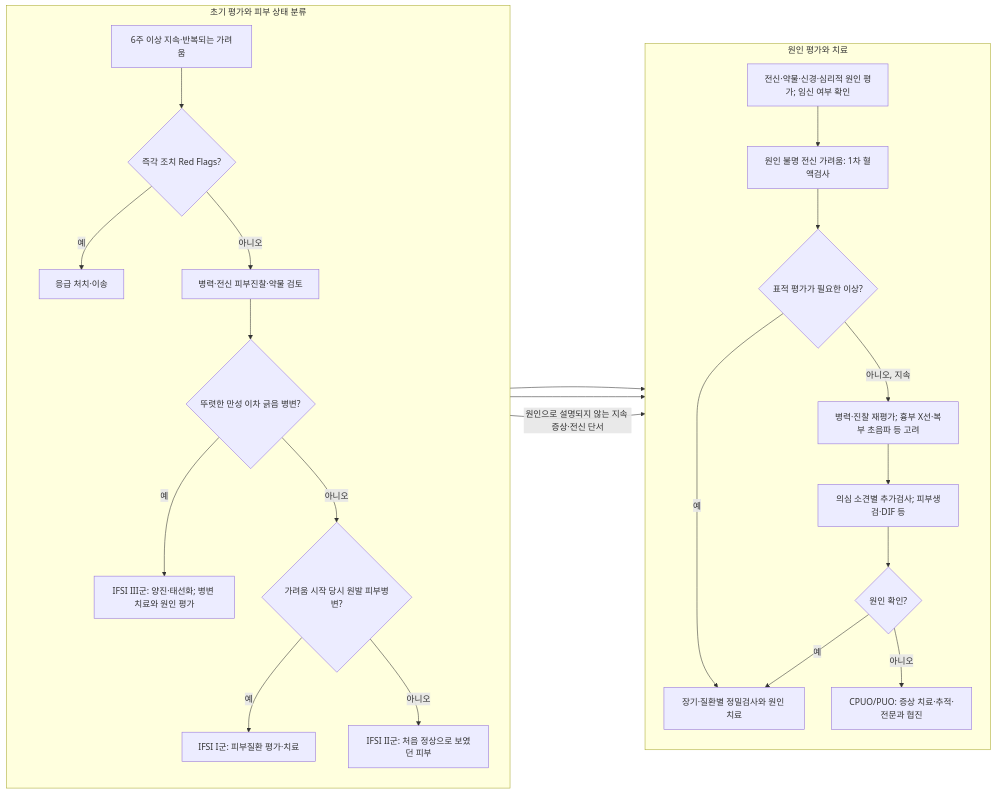
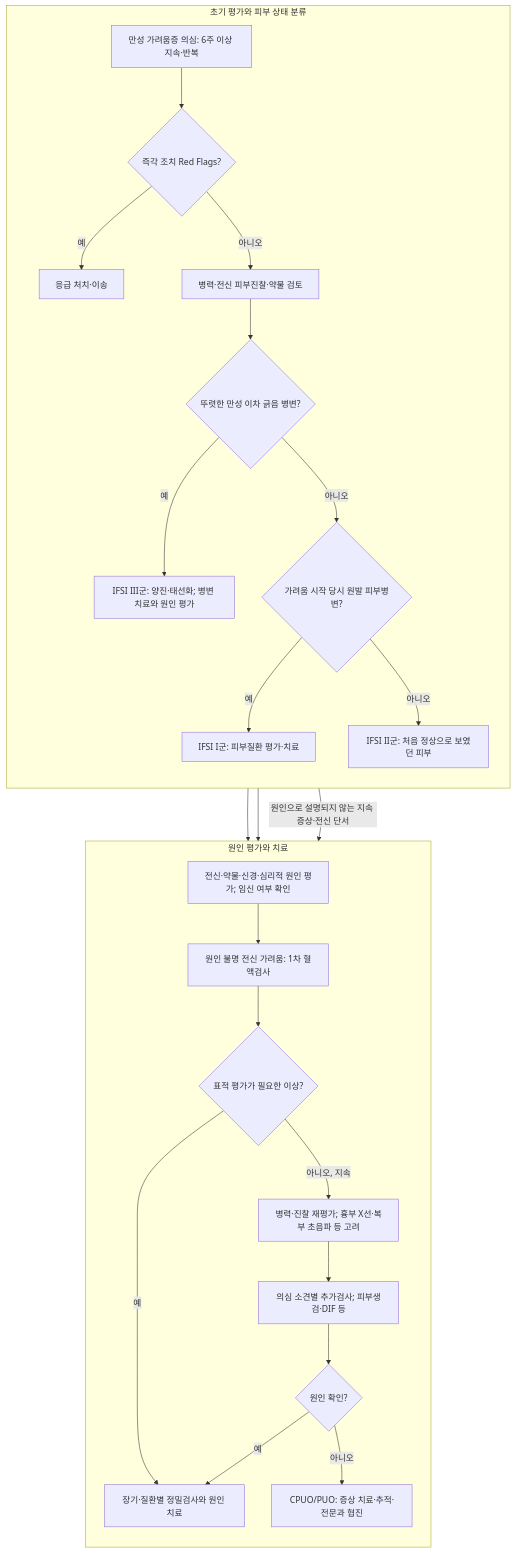
Before and after one commit to familyoh77/familyoh77: the diagram in 229_/157_-chronic-pruritus.md, drawn with Mermaid. The commit also changed other lines of this file and 20 other files, not shown here.

````diff
--- a/229_/157_-chronic-pruritus.md
+++ b/229_/157_-chronic-pruritus.md
@@ -138,28 +148,28 @@
 ```mermaid
-flowchart LR
+flowchart TB
     subgraph S1["초기 평가와 피부 상태 분류"]
         direction TB
-        A["6주 이상 지속·반복되는 가려움"] --> R{"즉각 조치 Red Flags?"}
+        A["만성 가려움증 의심: 6주 이상 지속·반복"] --> R{"즉각 조치 Red Flags?"}
         R -->|예| ER["응급 처치·이송"]
         R -->|아니오| B["병력·전신 피부진찰·약물 검토"]
         B --> C{"뚜렷한 만성 이차 긁음 병변?"}
         C -->|예| III["IFSI III군: 양진·태선화; 병변 치료와 원인 평가"]
         C -->|아니오| P{"가려움 시작 당시 원발 피부병변?"}
         P -->|예| I["IFSI I군: 피부질환 평가·치료"]
         P -->|아니오| II["IFSI II군: 처음 정상으로 보였던 피부"]
     end
     subgraph S2["원인 평가와 치료"]
         direction TB
         G["전신·약물·신경·심리적 원인 평가; 임신 여부 확인"] --> H["원인 불명 전신 가려움: 1차 혈액검사"]
         H --> J{"표적 평가가 필요한 이상?"}
         J -->|예| K["장기·질환별 정밀검사와 원인 치료"]
         J -->|아니오, 지속| L["병력·진찰 재평가; 흉부 X선·복부 초음파 등 고려"]
         L --> M["의심 소견별 추가검사; 피부생검·DIF 등"]
         M --> N{"원인 확인?"}
         N -->|예| K
         N -->|아니오| O["CPUO/PUO: 증상 치료·추적·전문과 협진"]
     end
     III --> G
     II --> G
     I -->|원인으로 설명되지 않는 지속 증상·전신 단서| G
 ```
````
